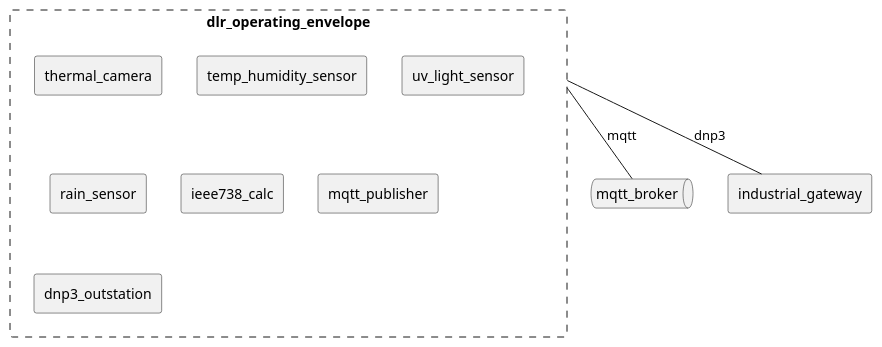
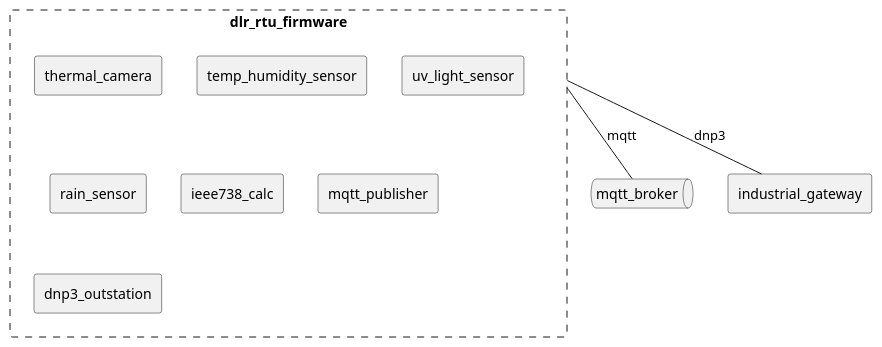
One commit to arcnode-io/dlr-rtu-firmware changed the third of 4 diagrams in readme.md. Above: the diagram before and after it, drawn with PlantUML. The commit also changed other lines of this file and 8 other files, not shown here.

First line of the commit message:
🏷️ chore(repo): rename dlr-operating-envelope to dlr-rtu-firmware

````diff
--- a/readme.md
+++ b/readme.md
@@ -77,17 +77,17 @@
 ```plantuml
-rectangle dlr_operating_envelope #line.dashed {
+rectangle dlr_rtu_firmware #line.dashed {
   rectangle thermal_camera
   rectangle temp_humidity_sensor
   rectangle uv_light_sensor
   rectangle rain_sensor
   rectangle ieee738_calc
   rectangle mqtt_publisher
   rectangle dnp3_outstation
 }
 
 queue mqtt_broker
 rectangle industrial_gateway
 
-dlr_operating_envelope -- mqtt_broker: mqtt
-dlr_operating_envelope -- industrial_gateway: dnp3
+dlr_rtu_firmware -- mqtt_broker: mqtt
+dlr_rtu_firmware -- industrial_gateway: dnp3
 ```
````
